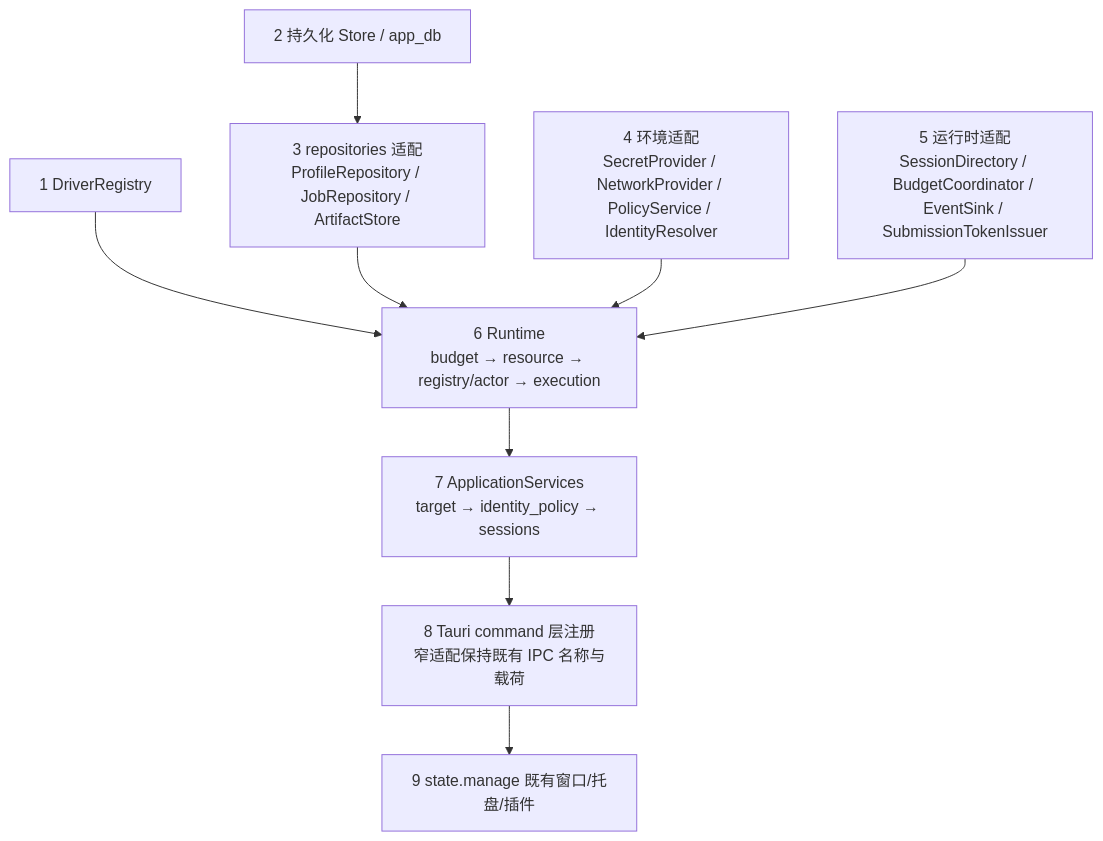
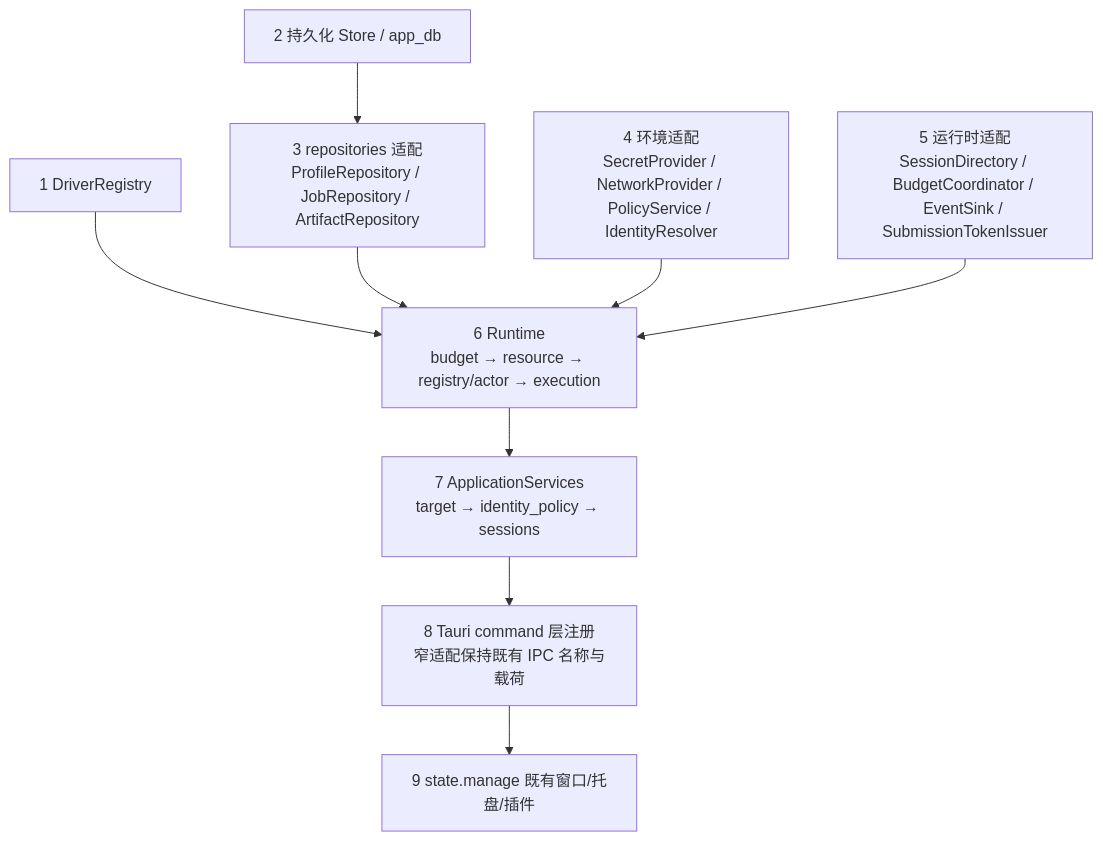
Before and after one commit to flyxl/datazen: the third of 4 diagrams in docs/architecture/platform/shared-boundaries-and-ports.md, drawn with Mermaid. The commit also changed other lines of this file and 171 other files, not shown here.

````diff
--- a/docs/architecture/platform/shared-boundaries-and-ports.md
+++ b/docs/architecture/platform/shared-boundaries-and-ports.md
@@ -1059,12 +1095,12 @@
 ```mermaid
 flowchart TD
     A1[1 DriverRegistry] --> A6
     A2[2 持久化 Store / app_db] --> A3
-    A3[3 repositories 适配<br/>ProfileRepository / JobRepository / ArtifactStore] --> A6
+    A3[3 repositories 适配<br/>ProfileRepository / JobRepository / ArtifactRepository] --> A6
     A4[4 环境适配<br/>SecretProvider / NetworkProvider / PolicyService / IdentityResolver] --> A6
     A5[5 运行时适配<br/>SessionDirectory / BudgetCoordinator / EventSink / SubmissionTokenIssuer] --> A6
     A6[6 Runtime<br/>budget → resource → registry/actor → execution] --> A7
     A7[7 ApplicationServices<br/>target → identity_policy → sessions] --> A8
     A8[8 Tauri command 层注册<br/>窄适配保持既有 IPC 名称与载荷] --> A9
     A9[9 state.manage 既有窗口/托盘/插件] 
 ```
````
